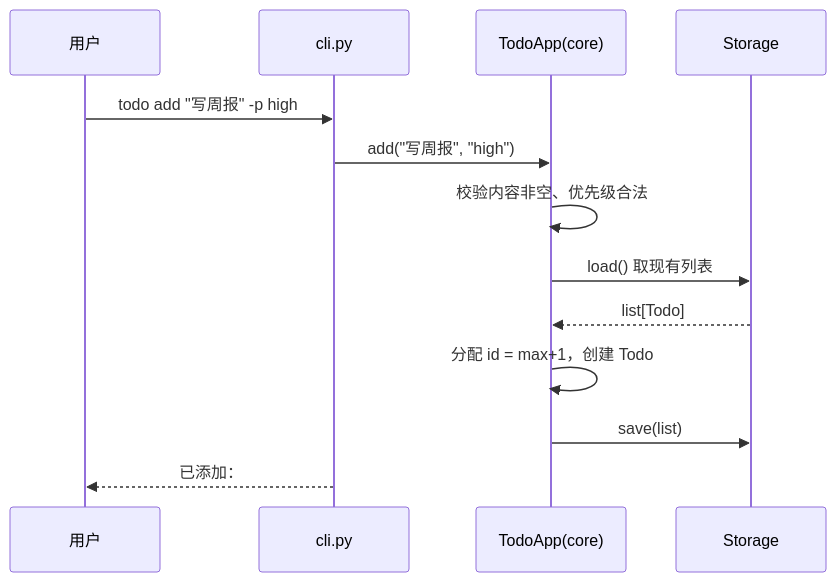
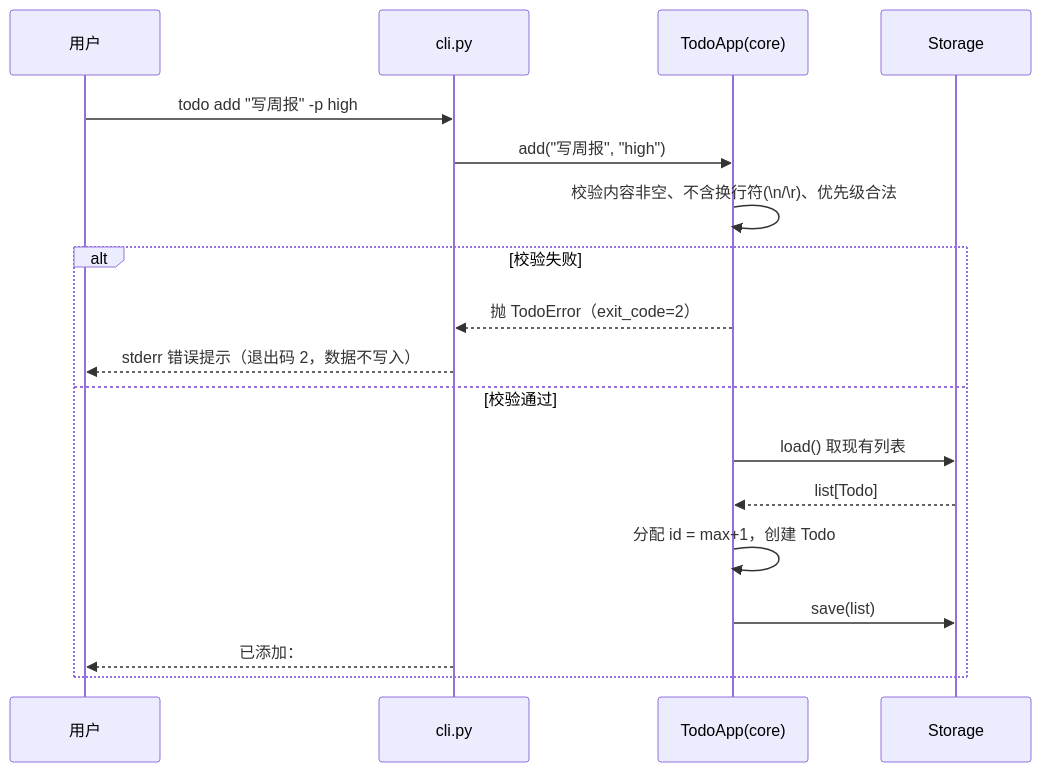
Before and after one commit to ChiangyangNPU/spec-pilot: the fourth of 7 diagrams in examples/todo-cli/docs/02-design.md, drawn with Mermaid. The commit also changed other lines of this file and 1 other file, not shown here.

````diff
--- a/examples/todo-cli/docs/02-design.md
+++ b/examples/todo-cli/docs/02-design.md
@@ -87,15 +92,20 @@
 ```mermaid
 sequenceDiagram
     participant U as 用户
     participant CLI as cli.py
     participant APP as TodoApp(core)
     participant STO as Storage
     U->>CLI: todo add "写周报" -p high
     CLI->>APP: add("写周报", "high")
-    APP->>APP: 校验内容非空、优先级合法
-    APP->>STO: load() 取现有列表
-    STO-->>APP: list[Todo]
-    APP->>APP: 分配 id = max+1，创建 Todo
-    APP->>STO: save(list)
-    CLI-->>U: 已添加：#1 [高] 写周报（退出码 0）
+    APP->>APP: 校验内容非空、不含换行符(\n/\r)、优先级合法
+    alt 校验失败
+        APP-->>CLI: 抛 TodoError（exit_code=2）
+        CLI-->>U: stderr 错误提示（退出码 2，数据不写入）
+    else 校验通过
+        APP->>STO: load() 取现有列表
+        STO-->>APP: list[Todo]
+        APP->>APP: 分配 id = max+1，创建 Todo
+        APP->>STO: save(list)
+        CLI-->>U: 已添加：#1 [高] 写周报（退出码 0）
+    end
 ```
````
